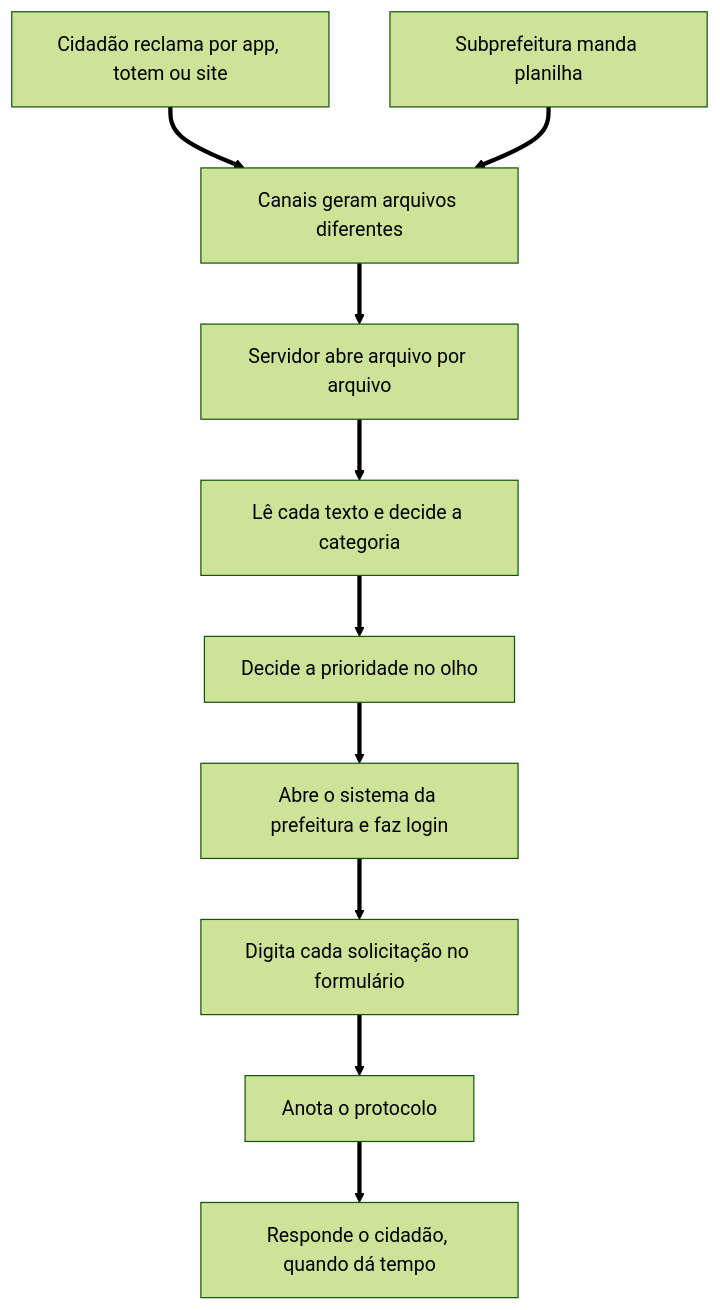
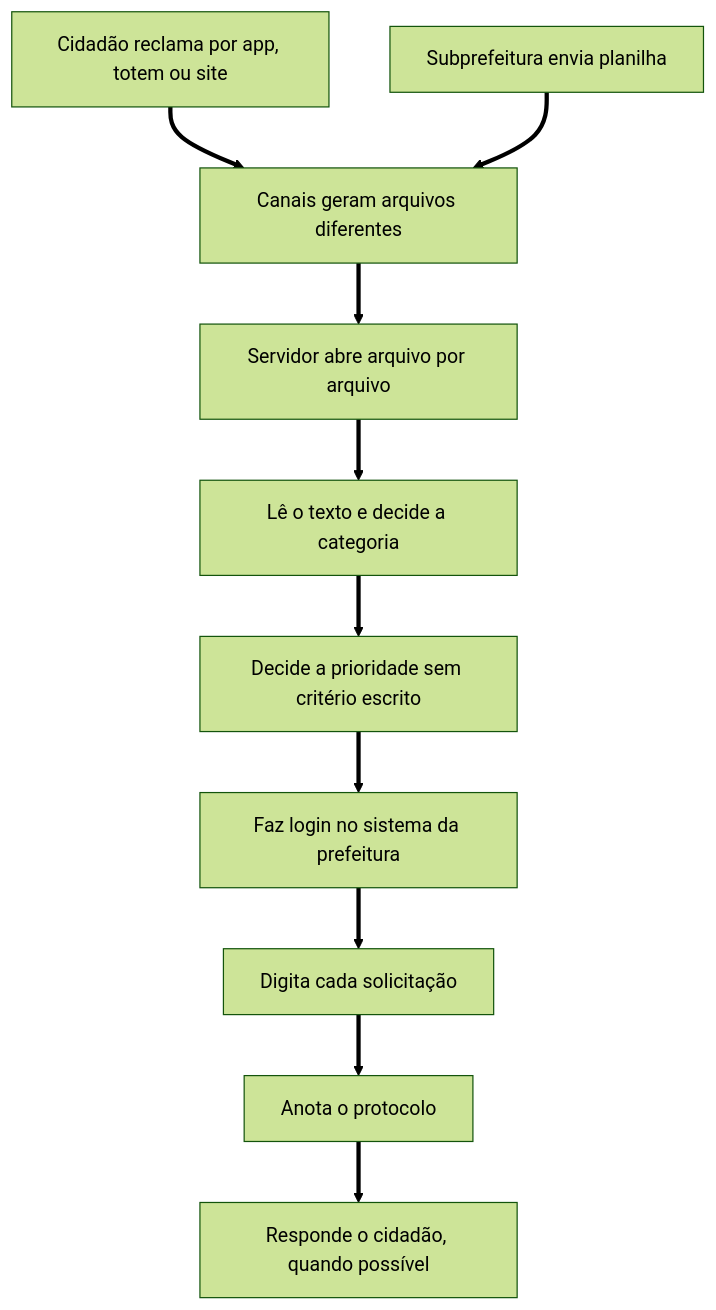
The first of 2 diagrams in docs/processo_as_is_to_be.md (cacjr/zelabot), drawn with Mermaid (forest theme) before and after one commit. The commit also changed other lines of this file and 4 other files, not shown here.

````diff
--- a/docs/processo_as_is_to_be.md
+++ b/docs/processo_as_is_to_be.md
@@ -13,12 +12,12 @@
 ```mermaid
 flowchart TD
     A[Cidadão reclama por app, totem ou site] ==> B[Canais geram arquivos diferentes]
-    S[Subprefeitura manda planilha] ==> B
+    S[Subprefeitura envia planilha] ==> B
     B ==> C[Servidor abre arquivo por arquivo]
-    C ==> D[Lê cada texto e decide a categoria]
-    D ==> E[Decide a prioridade no olho]
-    E ==> F[Abre o sistema da prefeitura e faz login]
-    F ==> G[Digita cada solicitação no formulário]
+    C ==> D[Lê o texto e decide a categoria]
+    D ==> E[Decide a prioridade sem critério escrito]
+    E ==> F[Faz login no sistema da prefeitura]
+    F ==> G[Digita cada solicitação]
     G ==> H[Anota o protocolo]
-    H ==> I[Responde o cidadão, quando dá tempo]
+    H ==> I[Responde o cidadão, quando possível]
 ```
````
